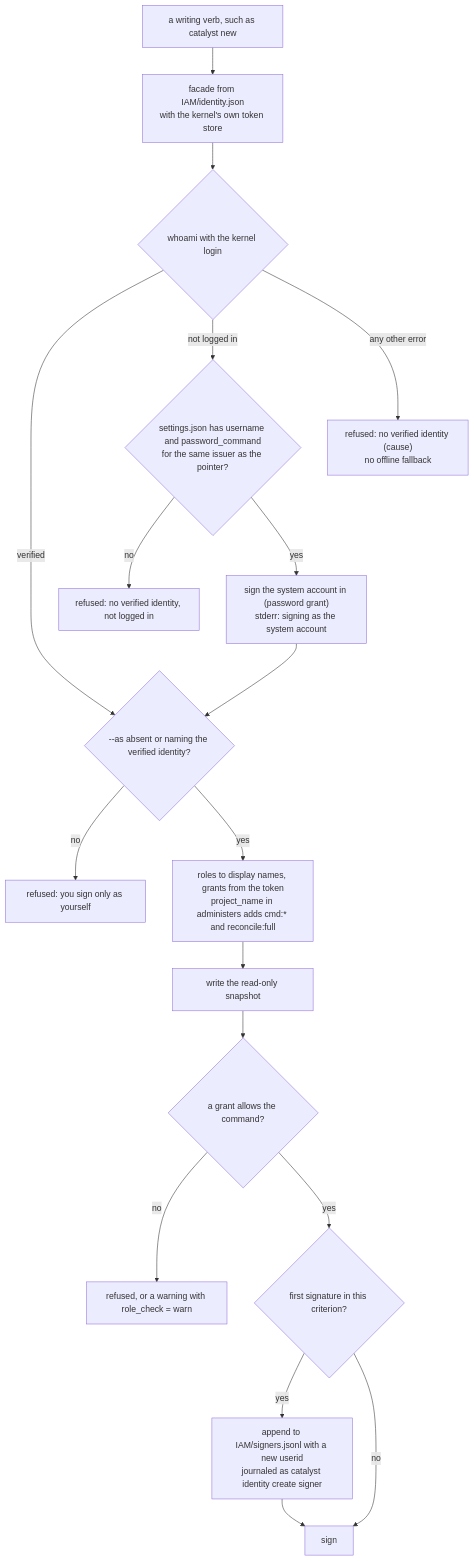
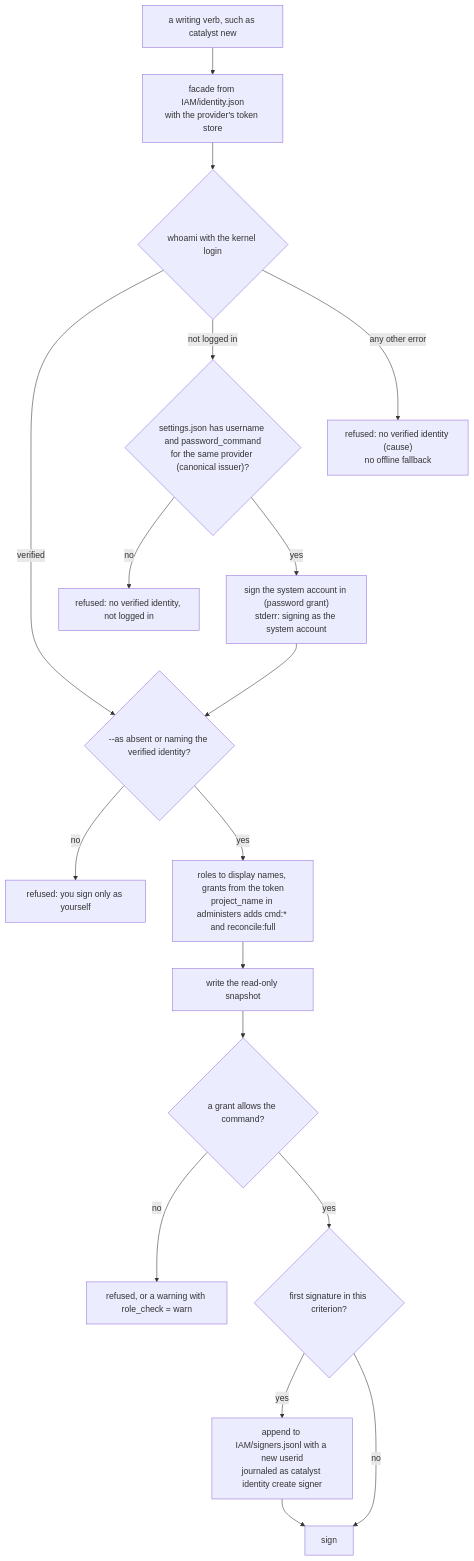
Before and after one commit to cantica-tech/catalyst-docs: the eighth of 18 diagrams in docs/guide/manual/50-identity-users-mcp.md, drawn with Mermaid. The commit also changed other lines of this file and 9 other files, not shown here.

````diff
--- a/docs/guide/manual/50-identity-users-mcp.md
+++ b/docs/guide/manual/50-identity-users-mcp.md
@@ -700,20 +715,20 @@
 ```mermaid
 flowchart TD
-  A["a writing verb, such as catalyst new"] --> B["facade from IAM/identity.json<br/>with the kernel's own token store"]
+  A["a writing verb, such as catalyst new"] --> B["facade from IAM/identity.json<br/>with the provider's token store"]
   B --> W{"whoami with the kernel login"}
   W -- "verified" --> AS
-  W -- "not logged in" --> S{"settings.json has username and password_command<br/>for the same issuer as the pointer?"}
+  W -- "not logged in" --> S{"settings.json has username and password_command<br/>for the same provider (canonical issuer)?"}
   S -- no --> R1["refused: no verified identity, not logged in"]
   S -- yes --> SA["sign the system account in (password grant)<br/>stderr: signing as the system account"]
   SA --> AS{"--as absent or naming the verified identity?"}
   W -- "any other error" --> R2["refused: no verified identity (cause)<br/>no offline fallback"]
   AS -- no --> R3["refused: you sign only as yourself"]
   AS -- yes --> RO["roles to display names, grants from the token<br/>project_name in administers adds cmd:* and reconcile:full"]
   RO --> SN["write the read-only snapshot"]
   SN --> PM{"a grant allows the command?"}
   PM -- no --> R4["refused, or a warning with role_check = warn"]
   PM -- yes --> EN{"first signature in this criterion?"}
   EN -- yes --> LED["append to IAM/signers.jsonl with a new userid<br/>journaled as catalyst identity create signer"]
   EN -- no --> OK["sign"]
   LED --> OK
 ```
````
